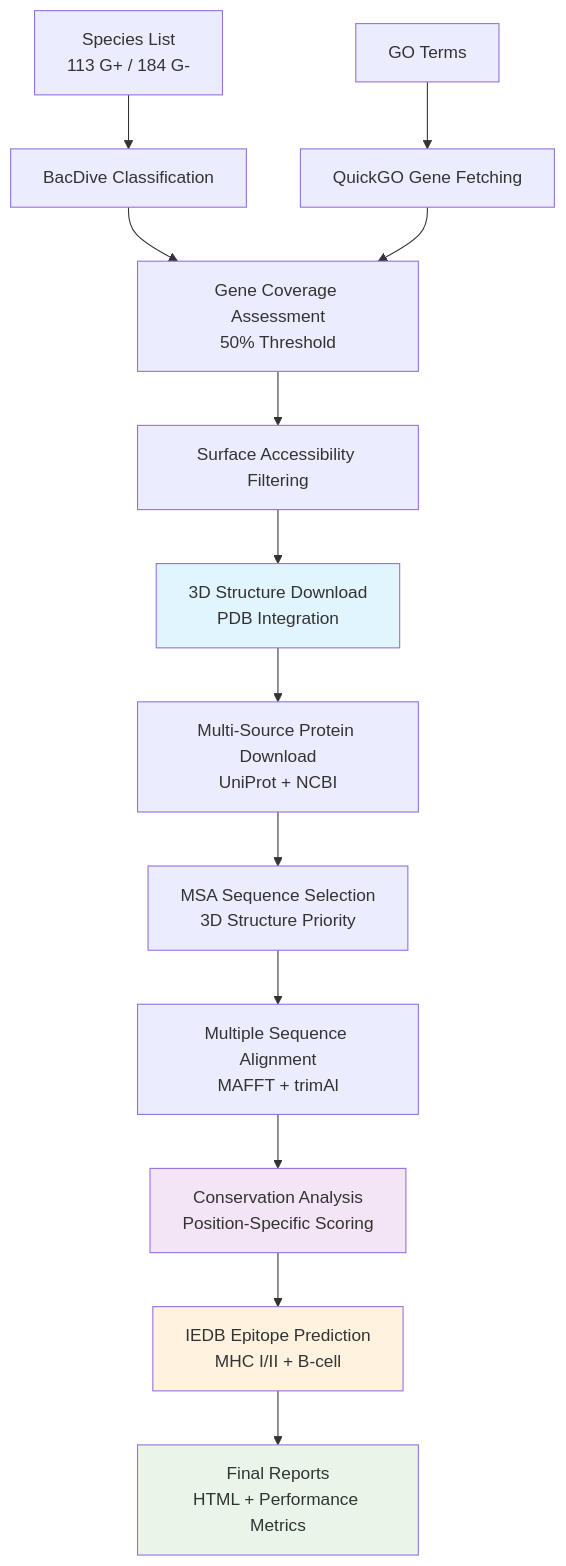
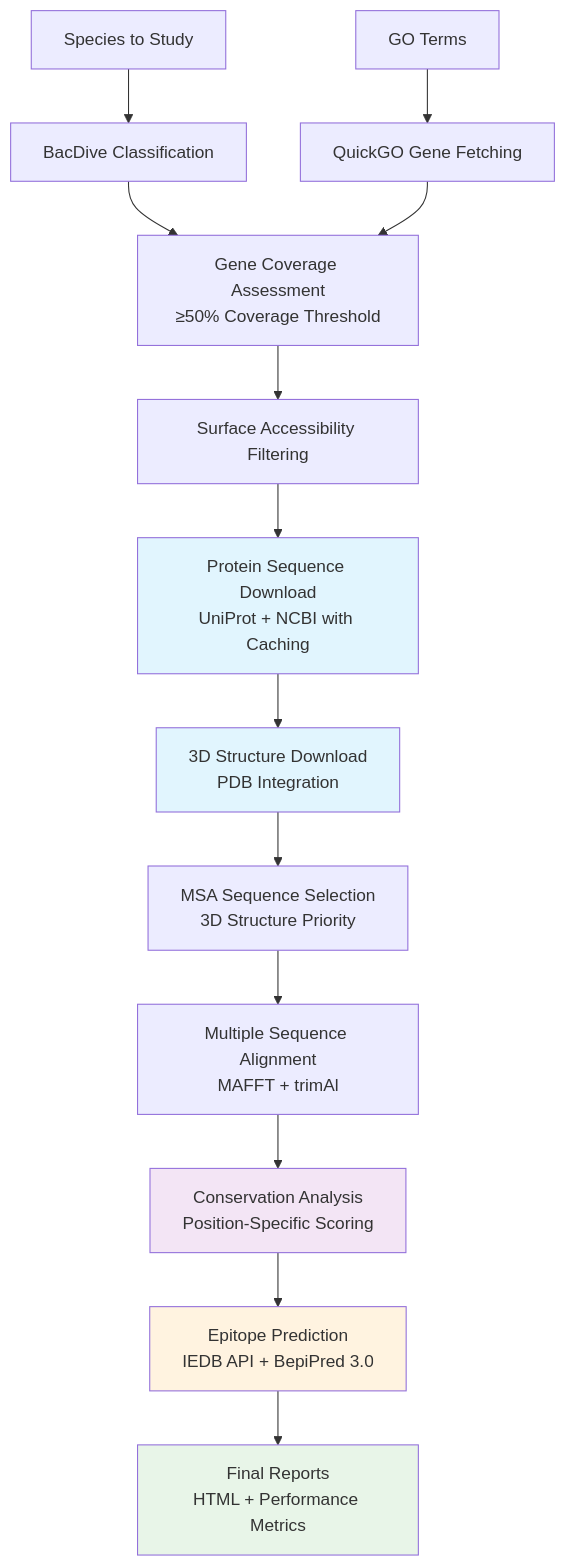
The diagram in README.md (CatiaBio/TargSeek), drawn with Mermaid before and after one commit. The commit also changed other lines of this file and 3 other files, not shown here.

````diff
--- a/README.md
+++ b/README.md
@@ -55,20 +26,21 @@
 ```mermaid
 graph TD
-    A[Species List<br/>113 G+ / 184 G-] --> B[BacDive Classification]
-    C[GO Terms] --> D[QuickGO Gene Fetching]
-    B --> E[Gene Coverage Assessment<br/>50% Threshold]
+    A[Species to Study] --> B[BacDive Classification]
+    C[GO Terms] --> D[QuickGO Gene Fetching] 
+    B --> E[Gene Coverage Assessment<br/>≥50% Coverage Threshold]
     D --> E
     E --> F[Surface Accessibility Filtering]
-    F --> G[3D Structure Download<br/>PDB Integration]
-    G --> H[Multi-Source Protein Download<br/>UniProt + NCBI]
+    F --> G[Protein Sequence Download<br/>UniProt + NCBI with Caching]
+    G --> H[3D Structure Download<br/>PDB Integration]
     H --> I[MSA Sequence Selection<br/>3D Structure Priority]
     I --> J[Multiple Sequence Alignment<br/>MAFFT + trimAl]
     J --> K[Conservation Analysis<br/>Position-Specific Scoring]
-    K --> L[IEDB Epitope Prediction<br/>MHC I/II + B-cell]
+    K --> L[Epitope Prediction<br/>IEDB API + BepiPred 3.0]
     L --> M[Final Reports<br/>HTML + Performance Metrics]
     
     style G fill:#e1f5fe
+    style H fill:#e1f5fe
     style K fill:#f3e5f5
     style L fill:#fff3e0
     style M fill:#e8f5e8
 ```
````
